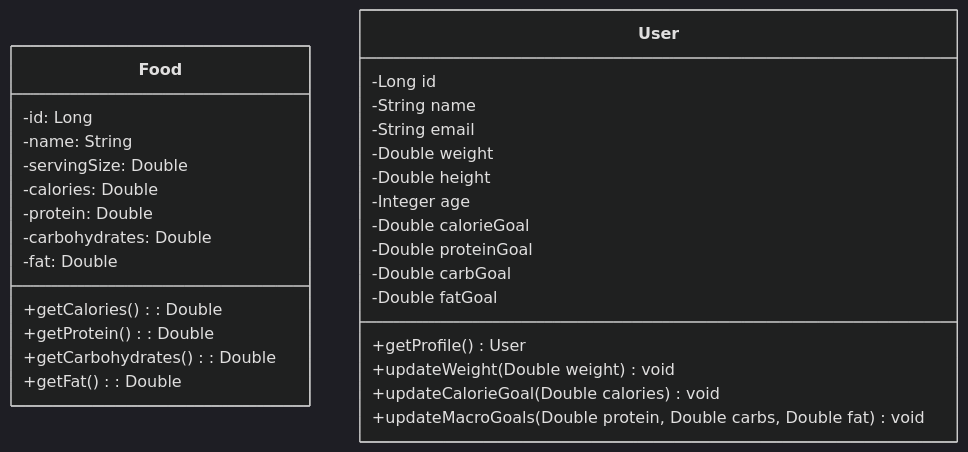
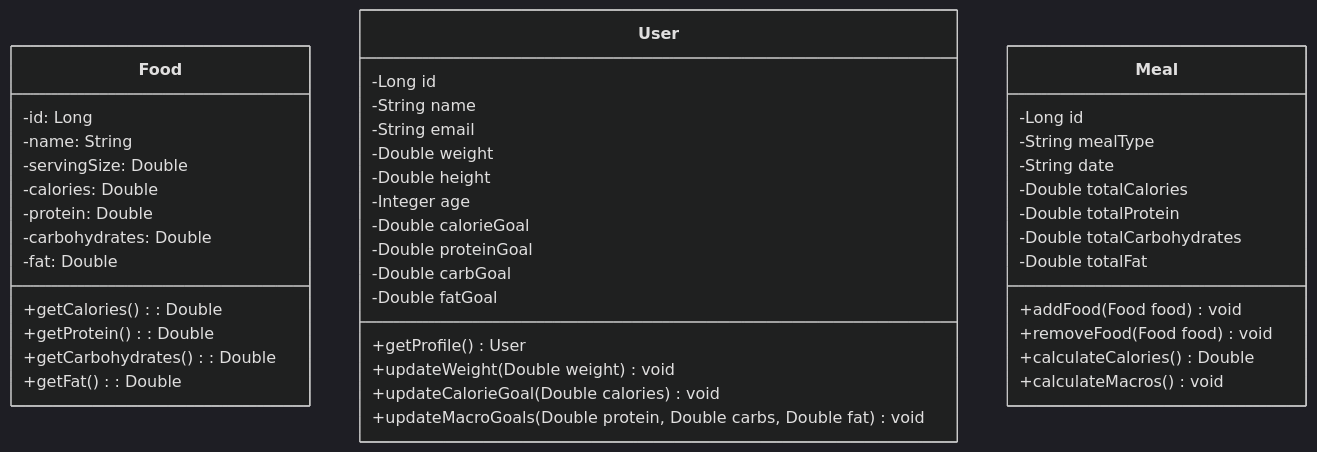
The third of 4 diagrams in README.md (EShim003/cen5064-project-Shim), drawn with Mermaid (dark theme) before and after one commit.

Commit message:
Update README.md
created the "Meal" class in the class diagram

````diff
--- a/README.md
+++ b/README.md
@@ -61,35 +61,50 @@
 ```mermaid
 %% Class diagram: your 3–4 core domain classes.
 classDiagram
     class Food {
         -id: Long
         -name: String
         -servingSize: Double         
         -calories: Double            
         -protein: Double             
         -carbohydrates: Double       
         -fat: Double     
         +getCalories(): Double       
         +getProtein(): Double        
         +getCarbohydrates(): Double  
         +getFat(): Double
 }
 
     class User {
         -Long id
         -String name
         -String email
         -Double weight
         -Double height
         -Integer age
         -Double calorieGoal
         -Double proteinGoal
         -Double carbGoal
         -Double fatGoal
 
         +getProfile() User
         +updateWeight(Double weight) void
         +updateCalorieGoal(Double calories) void
         +updateMacroGoals(Double protein, Double carbs, Double fat) void
     }
+
+    class Meal {
+        -Long id
+        -String mealType
+        -String date
+        -Double totalCalories
+        -Double totalProtein
+        -Double totalCarbohydrates
+        -Double totalFat
+
+        +addFood(Food food) void
+        +removeFood(Food food) void
+        +calculateCalories() Double
+        +calculateMacros() void
+    }
 ```
````
